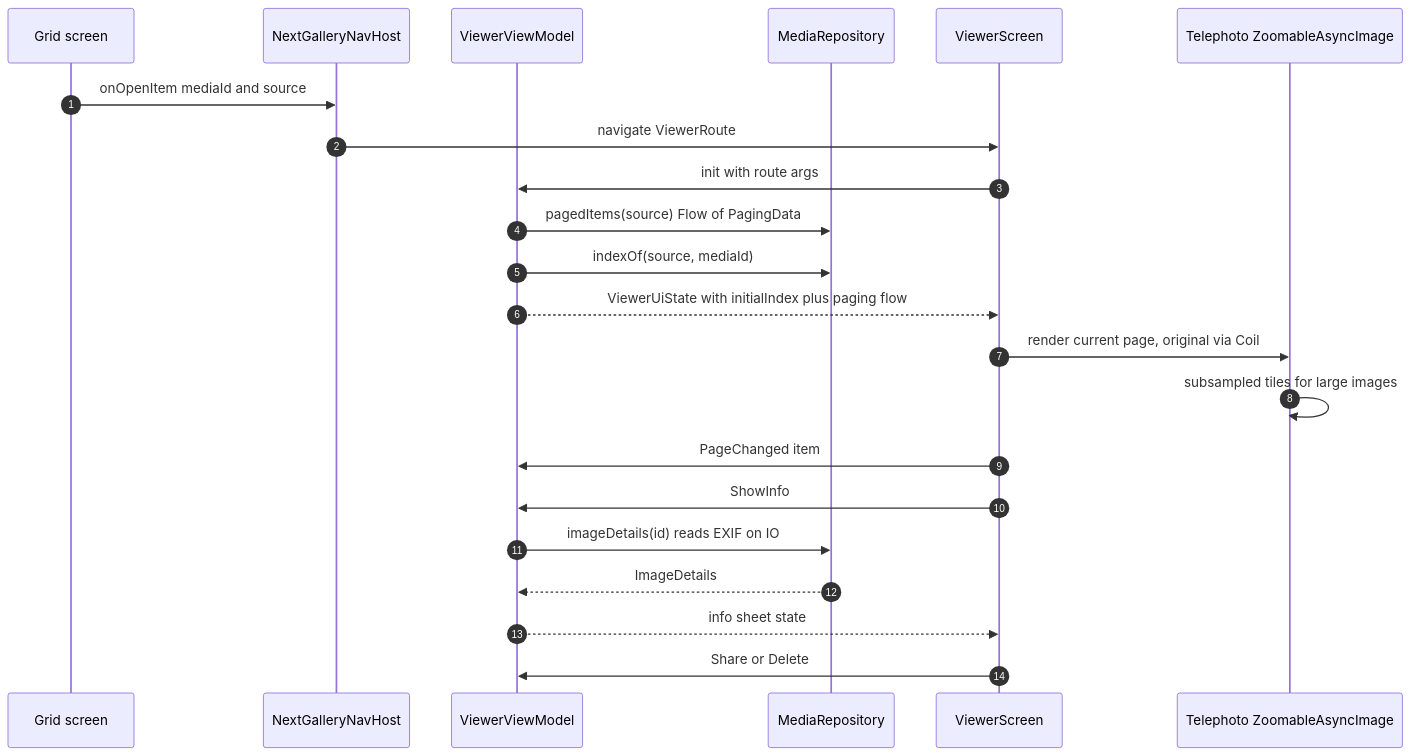
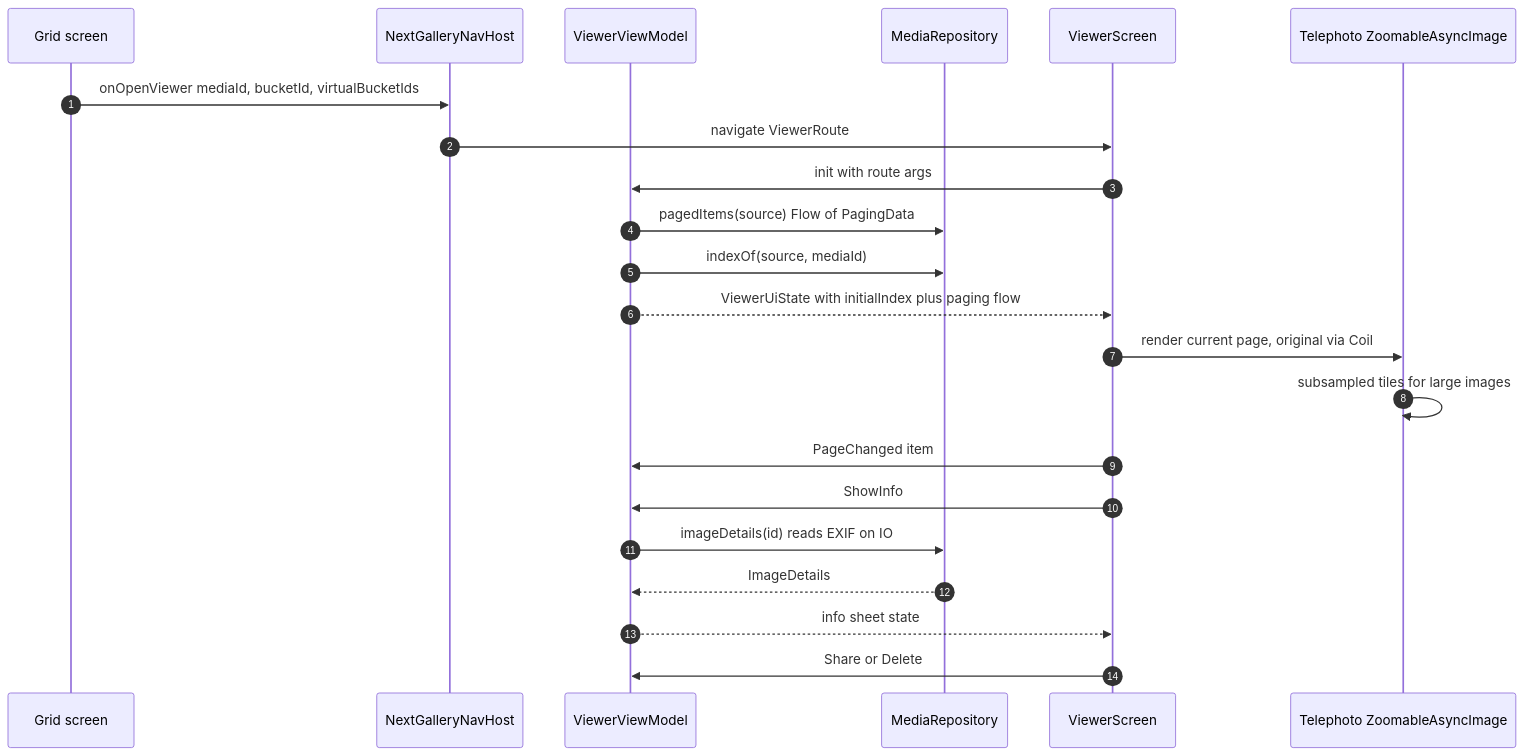
Before and after one commit to drehtuer/NextGalleryApp: the sixth of 14 diagrams in docs/ARCHITECTURE.md, drawn with Mermaid. The commit also changed other lines of this file and 6 other files, not shown here.

````diff
--- a/docs/ARCHITECTURE.md
+++ b/docs/ARCHITECTURE.md
@@ -621,25 +623,25 @@
 ```mermaid
 sequenceDiagram
     autonumber
     participant Grid as Grid screen
     participant Nav as NextGalleryNavHost
     participant VM as ViewerViewModel
     participant Repo as MediaRepository
     participant UI as ViewerScreen
     participant Z as Telephoto ZoomableAsyncImage
 
-    Grid->>Nav: onOpenItem mediaId and source
+    Grid->>Nav: onOpenViewer mediaId, bucketId, virtualBucketIds
     Nav->>UI: navigate ViewerRoute
     UI->>VM: init with route args
     VM->>Repo: pagedItems(source) Flow of PagingData
     VM->>Repo: indexOf(source, mediaId)
     VM-->>UI: ViewerUiState with initialIndex plus paging flow
     UI->>Z: render current page, original via Coil
     Z->>Z: subsampled tiles for large images
     UI->>VM: PageChanged item
     UI->>VM: ShowInfo
     VM->>Repo: imageDetails(id) reads EXIF on IO
     Repo-->>VM: ImageDetails
     VM-->>UI: info sheet state
     UI->>VM: Share or Delete
 ```
````
